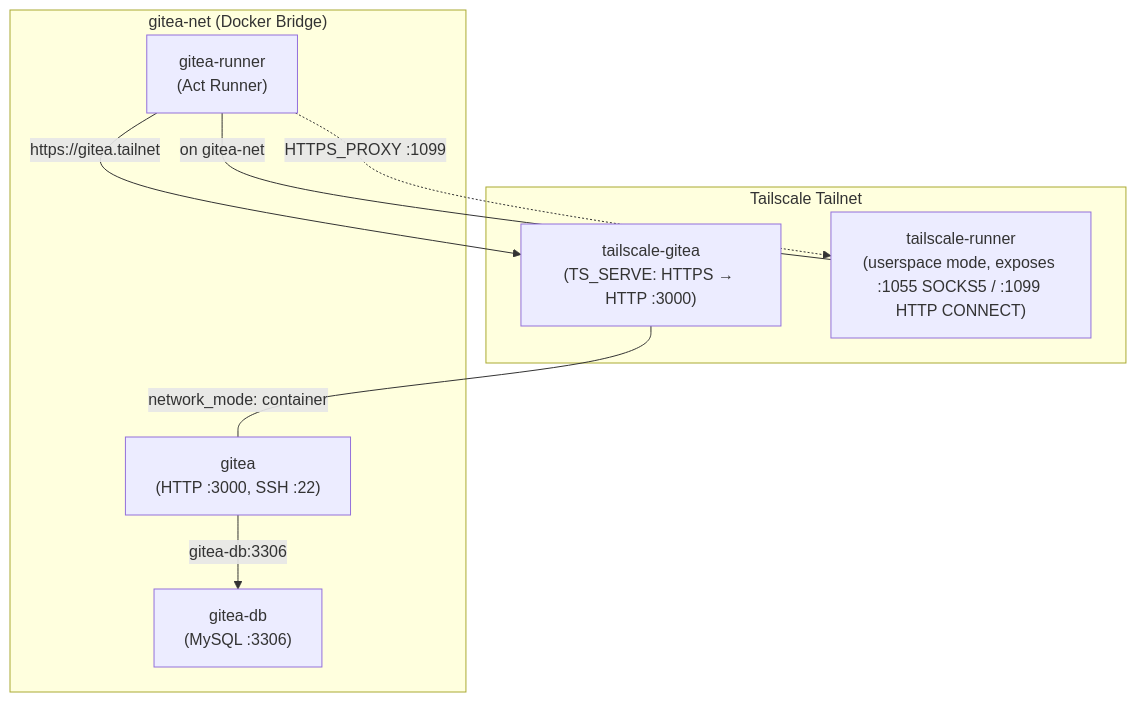
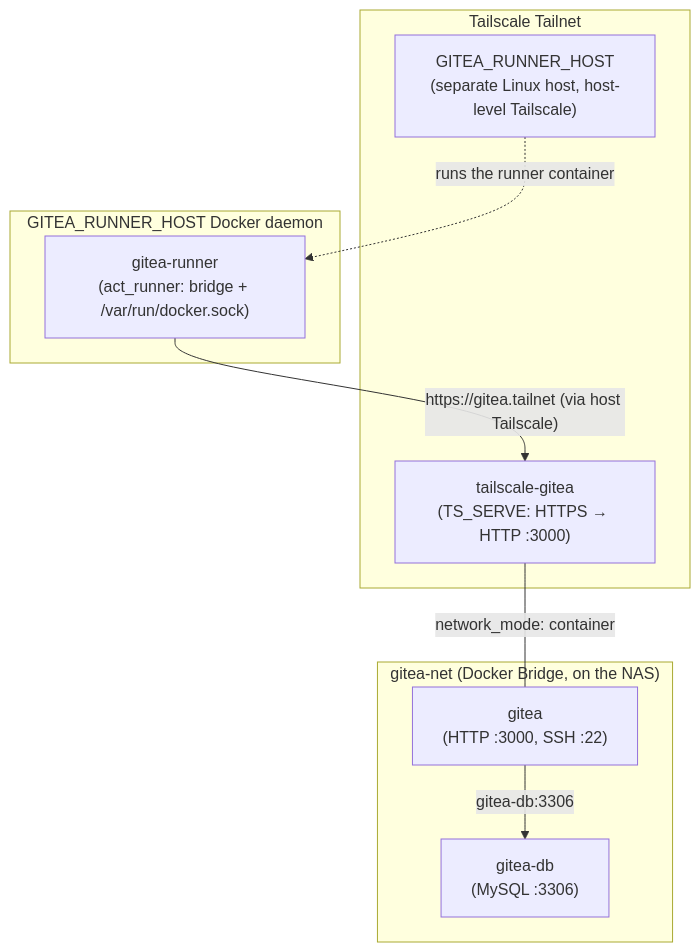
One commit to jaxzin/jaxzin-infra-bootstrap changed the first of 3 diagrams in README.md. Above: the diagram before and after it, drawn with Mermaid. The commit also changed other lines of this file, not shown here.

Commit message:
docs(readme): update architecture diagram for remote socket-mounted runner

````diff
--- a/README.md
+++ b/README.md
@@ -64,15 +64,17 @@
 ```mermaid
 flowchart TB
     subgraph Tailnet["Tailscale Tailnet"]
         TG_TS["tailscale-gitea<br/>(TS_SERVE: HTTPS → HTTP :3000)"]
-        TR_TS["tailscale-runner<br/>(userspace mode, exposes :1055 SOCKS5 / :1099 HTTP CONNECT)"]
+        RunnerHost["GITEA_RUNNER_HOST<br/>(separate Linux host, host-level Tailscale)"]
     end
-    subgraph DockerNet["gitea-net (Docker Bridge)"]
+    subgraph DockerNet["gitea-net (Docker Bridge, on the NAS)"]
         TG_TS --- |"network_mode: container"| Gitea["gitea<br/>(HTTP :3000, SSH :22)"]
         DB["gitea-db<br/>(MySQL :3306)"]
-        Runner["gitea-runner<br/>(Act Runner)"] --- |"on gitea-net"| TR_TS
-        Runner -.->|"HTTPS_PROXY :1099"| TR_TS
+    end
+    subgraph RunnerBox["GITEA_RUNNER_HOST Docker daemon"]
+        Runner["gitea-runner<br/>(act_runner: bridge + /var/run/docker.sock)"]
     end
     Gitea --> |"gitea-db:3306"| DB
-    Runner --> |"https://gitea.tailnet"| TG_TS
+    RunnerHost -. "runs the runner container" .-> Runner
+    Runner --> |"https://gitea.tailnet (via host Tailscale)"| TG_TS
 ```
````
